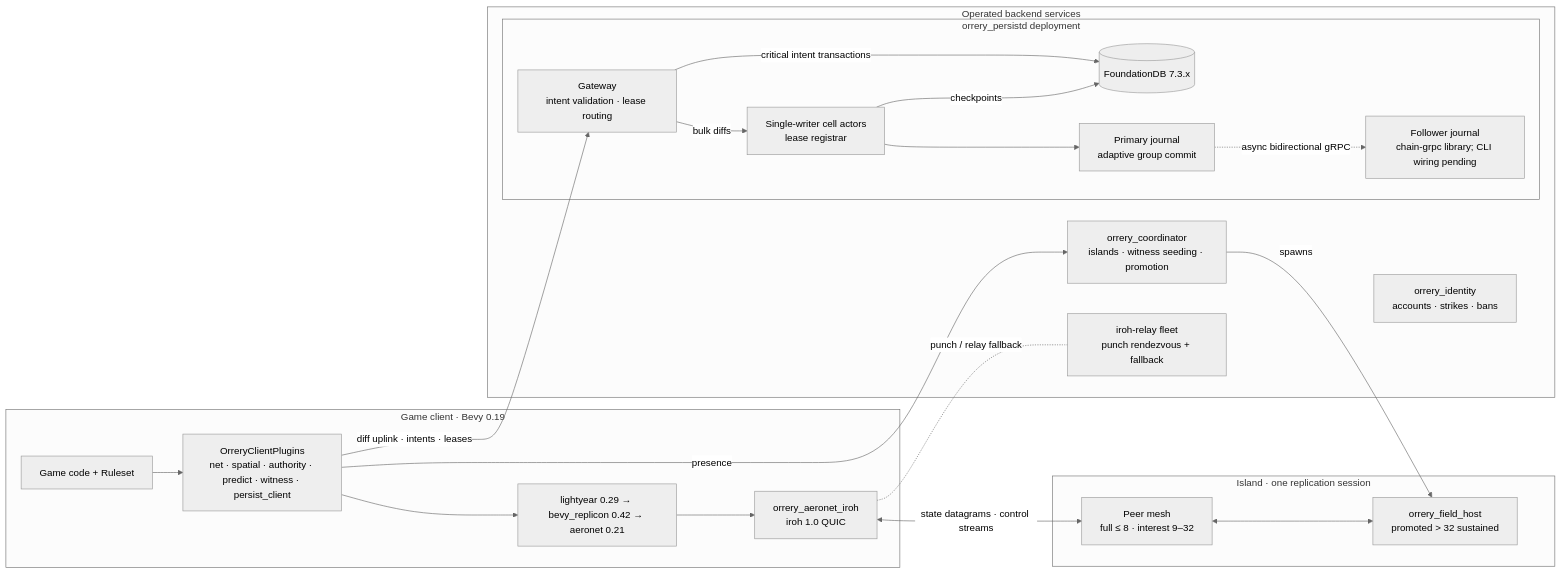
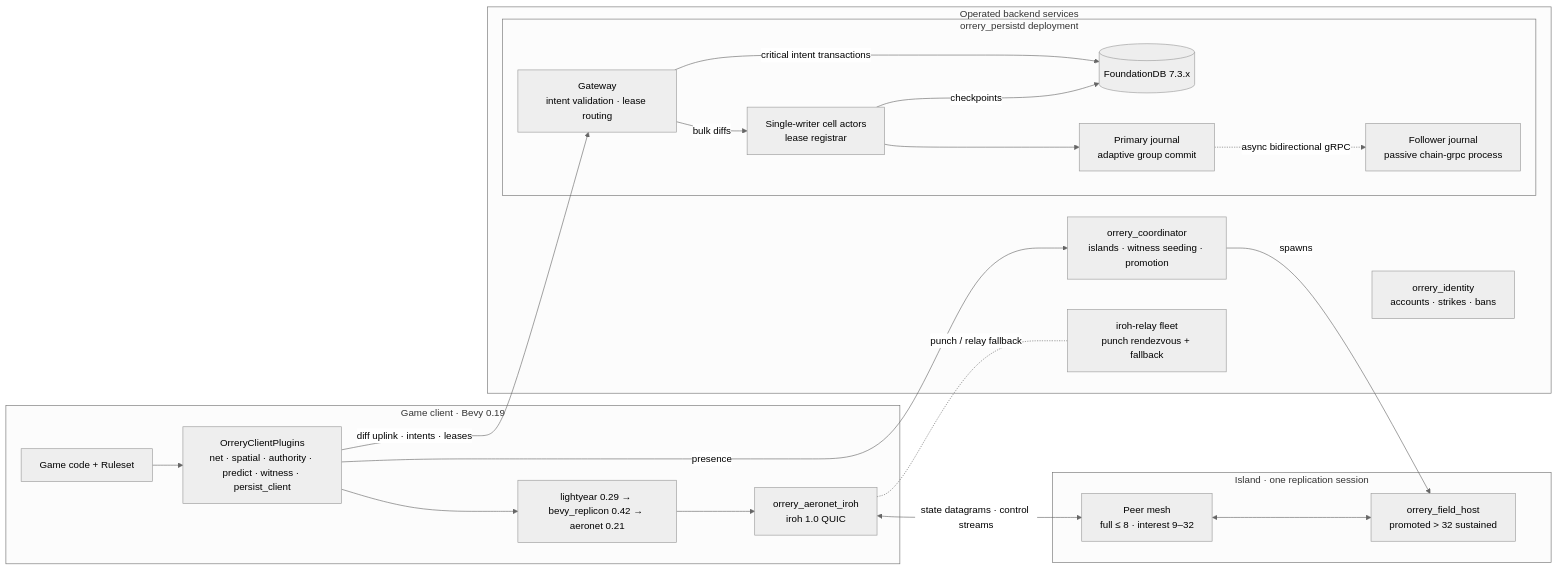
Before and after one commit to baadc0de/orrery: the diagram in README.md, drawn with Mermaid (neutral theme). The commit also changed other lines of this file and 9 other files, not shown here.

````diff
--- a/README.md
+++ b/README.md
@@ -24,40 +24,40 @@
 ```mermaid
 graph LR
     subgraph client["Game client · Bevy 0.19"]
         game["Game code + Ruleset"]
         plugins["OrreryClientPlugins<br/>net · spatial · authority · predict · witness · persist_client"]
         stack["lightyear 0.29 → bevy_replicon 0.42 → aeronet 0.21"]
         io["orrery_aeronet_iroh<br/>iroh 1.0 QUIC"]
         game --> plugins --> stack --> io
     end
 
     subgraph island["Island · one replication session"]
         peers["Peer mesh<br/>full ≤ 8 · interest 9–32"]
         fieldhost["orrery_field_host<br/>promoted &gt; 32 sustained"]
         peers <--> fieldhost
     end
 
     subgraph backend["Operated backend services"]
         relays["iroh-relay fleet<br/>punch rendezvous + fallback"]
         coord["orrery_coordinator<br/>islands · witness seeding · promotion"]
         identity["orrery_identity<br/>accounts · strikes · bans"]
         subgraph persistd["orrery_persistd deployment"]
             gateway["Gateway<br/>intent validation · lease routing"]
             actors["Single-writer cell actors<br/>lease registrar"]
             journal["Primary journal<br/>adaptive group commit"]
-            mirror["Follower journal<br/>chain-grpc library; CLI wiring pending"]
+            mirror["Follower journal<br/>passive chain-grpc process"]
             fdb[("FoundationDB 7.3.x")]
             gateway -->|"bulk diffs"| actors
             actors --> journal
             journal -.->|"async bidirectional gRPC"| mirror
             actors -->|"checkpoints"| fdb
             gateway -->|"critical intent transactions"| fdb
         end
     end
 
     io <-->|"state datagrams · control streams"| peers
     io -.-|"punch / relay fallback"| relays
     plugins -->|"presence"| coord
     plugins -->|"diff uplink · intents · leases"| gateway
     coord -->|"spawns"| fieldhost
 ```
````
